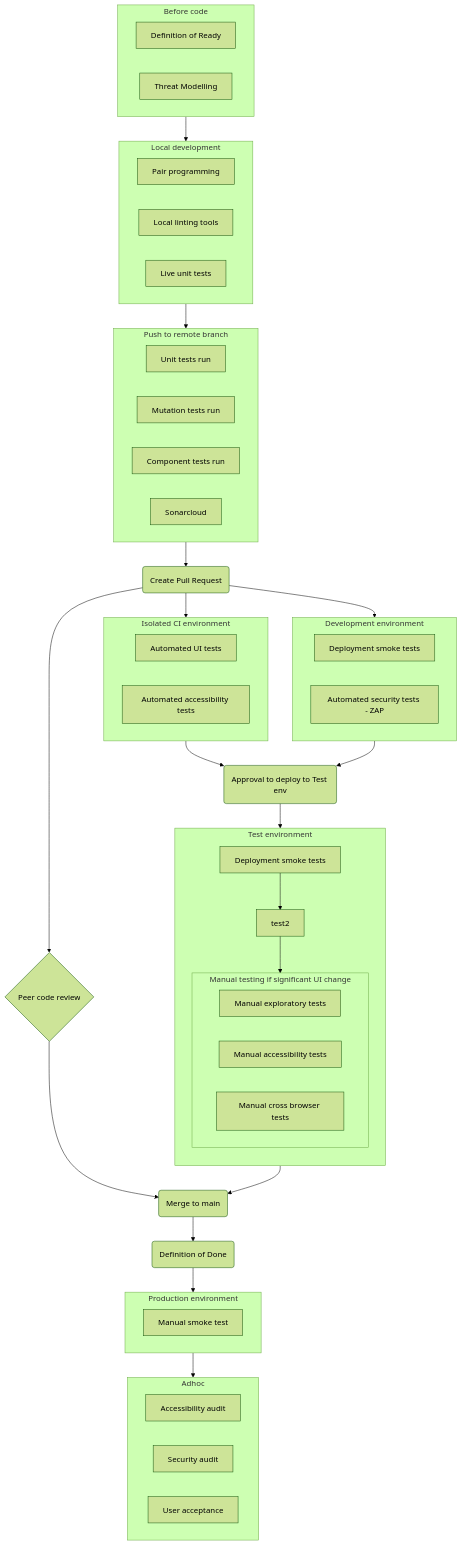
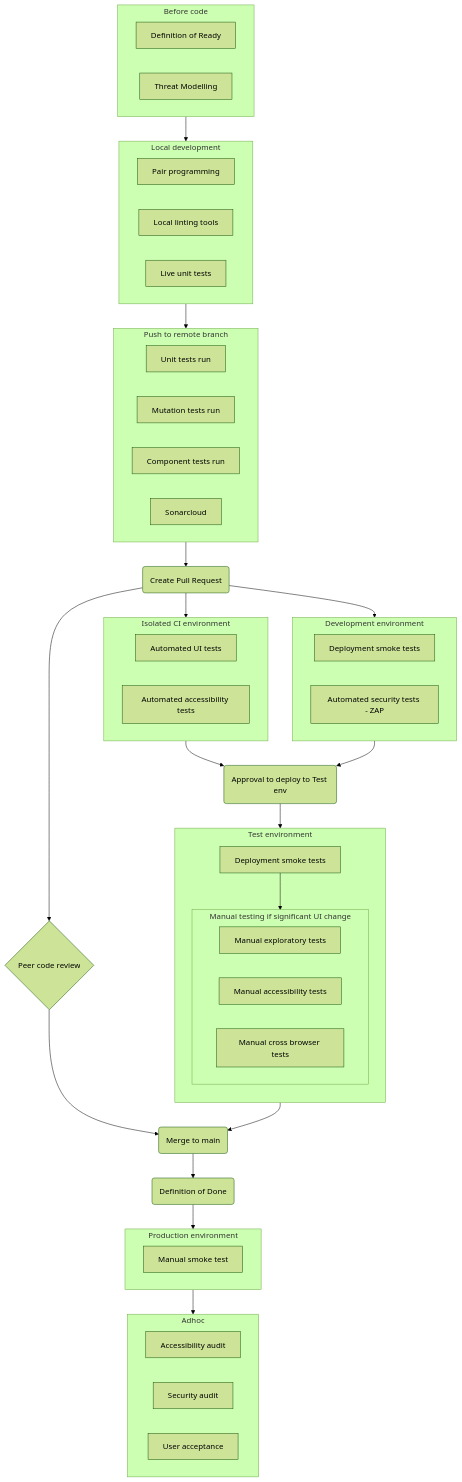
The diagram in docs/test-approach.md (DFE-Digital/find-information-about-academies-and-trusts), drawn with Mermaid (forest theme) before and after one commit.

Commit message:
corrected the test diagram to point to the right information

```diff
--- a/docs/test-approach.md
+++ b/docs/test-approach.md
@@ -59,8 +59,7 @@
   subgraph test[Test environment]
     direction TB
     test1[Deployment smoke tests]
-    test1-->test2
-    test2-->manual
+    test1-->manual
     subgraph manual[Manual testing if significant UI change]
       manual1[Manual exploratory tests]
       manual2[Manual accessibility tests]
```
